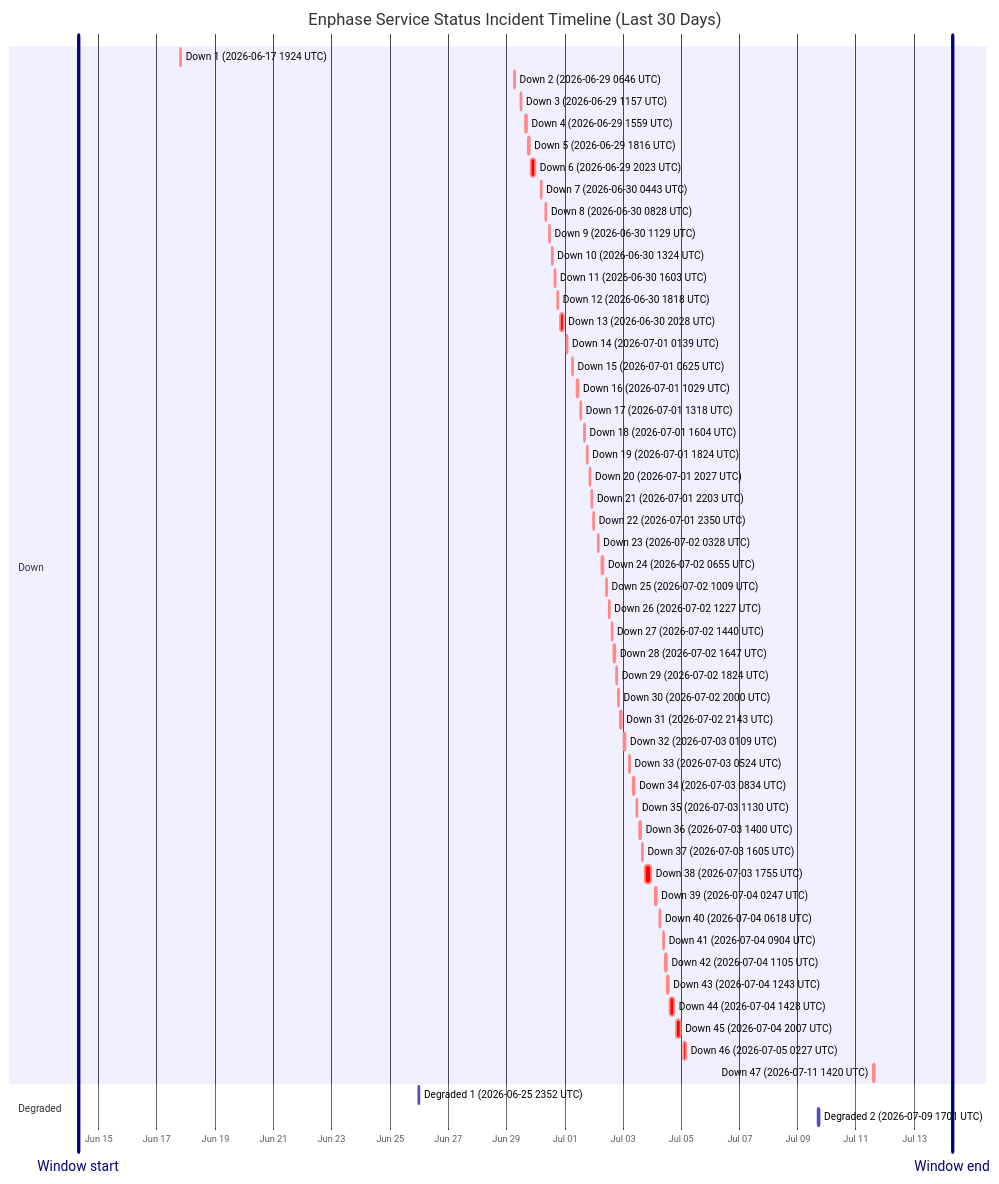
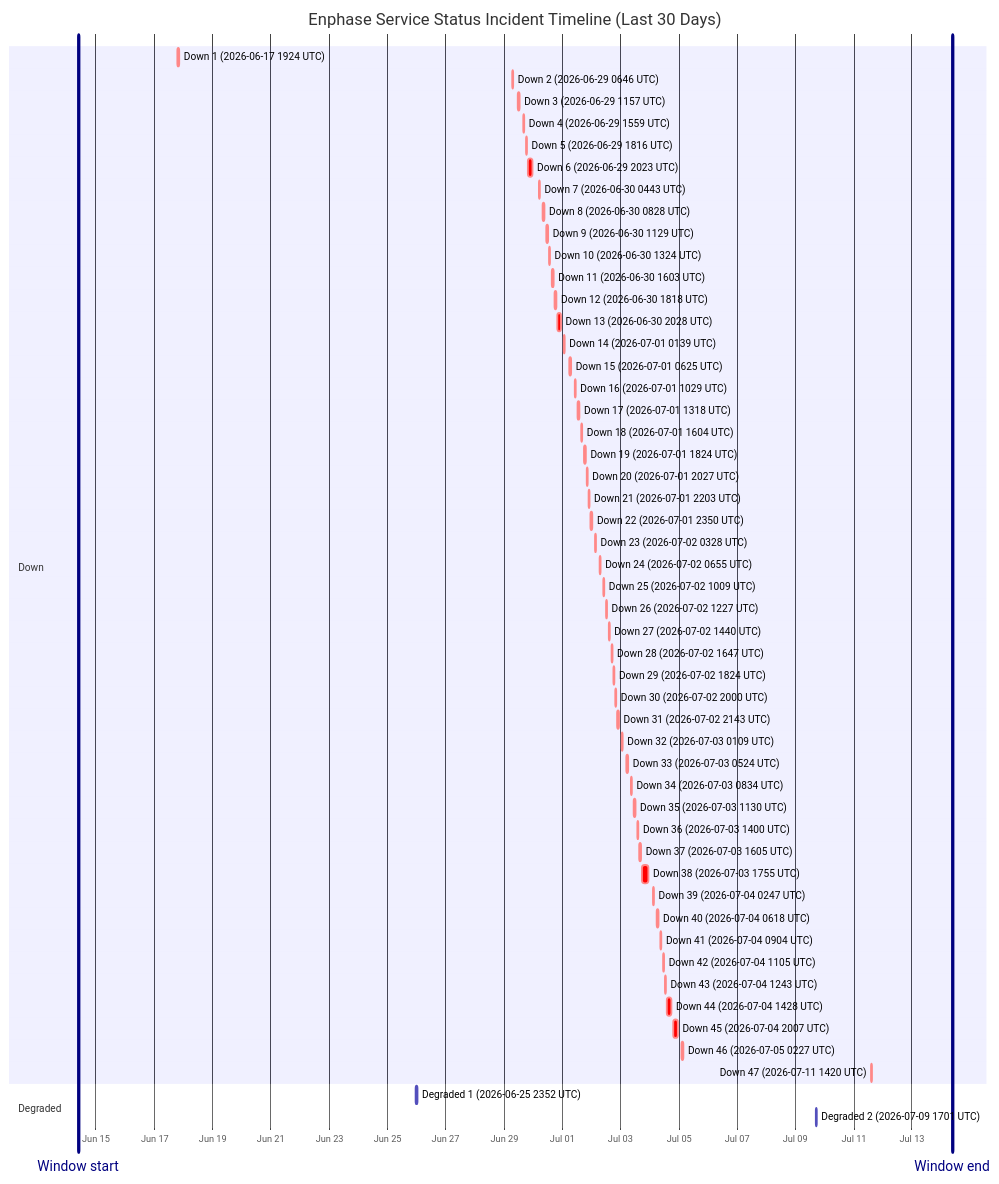
Before and after one commit to barneyonline/ha-enphase-energy: the diagram in wiki/Service-Status-History.md, drawn with Mermaid. The commit also changed other lines of this file and 3 other files, not shown here.

````diff
--- a/wiki/Service-Status-History.md
+++ b/wiki/Service-Status-History.md
@@ -14,59 +14,59 @@
 ```mermaid
 gantt
     title Enphase Service Status Incident Timeline (Last 30 Days)
     dateFormat  YYYY-MM-DDTHH:mm:ss
     axisFormat  %b %d
-    Window start :vert, window-start, 2026-06-14T07:24:20, 0ms
-    Window end :vert, window-end, 2026-07-14T07:24:20, 0ms
+    Window start :vert, window-start, 2026-06-14T09:24:17, 0ms
+    Window end :vert, window-end, 2026-07-14T09:24:17, 0ms
     section Down
     Down 1 (2026-06-17 1924 UTC) :crit, down-1, 2026-06-17T19:24:51, 60m
     Down 2 (2026-06-29 0646 UTC) :crit, down-2, 2026-06-29T06:46:18, 60m
     Down 3 (2026-06-29 1157 UTC) :crit, down-3, 2026-06-29T11:57:36, 60m
     Down 4 (2026-06-29 1559 UTC) :crit, down-4, 2026-06-29T15:59:02, 60m
     Down 5 (2026-06-29 1816 UTC) :crit, down-5, 2026-06-29T18:16:38, 60m
     Down 6 (2026-06-29 2023 UTC) :crit, down-6, 2026-06-29T20:23:16, 220m
     Down 7 (2026-06-30 0443 UTC) :crit, down-7, 2026-06-30T04:43:54, 60m
     Down 8 (2026-06-30 0828 UTC) :crit, down-8, 2026-06-30T08:28:43, 60m
     Down 9 (2026-06-30 1129 UTC) :crit, down-9, 2026-06-30T11:29:15, 60m
     Down 10 (2026-06-30 1324 UTC) :crit, down-10, 2026-06-30T13:24:25, 60m
     Down 11 (2026-06-30 1603 UTC) :crit, down-11, 2026-06-30T16:03:26, 60m
     Down 12 (2026-06-30 1818 UTC) :crit, down-12, 2026-06-30T18:18:39, 60m
     Down 13 (2026-06-30 2028 UTC) :crit, down-13, 2026-06-30T20:28:54, 171m
     Down 14 (2026-07-01 0139 UTC) :crit, down-14, 2026-07-01T01:39:18, 60m
     Down 15 (2026-07-01 0625 UTC) :crit, down-15, 2026-07-01T06:25:35, 60m
     Down 16 (2026-07-01 1029 UTC) :crit, down-16, 2026-07-01T10:29:24, 60m
     Down 17 (2026-07-01 1318 UTC) :crit, down-17, 2026-07-01T13:18:31, 60m
     Down 18 (2026-07-01 1604 UTC) :crit, down-18, 2026-07-01T16:04:29, 60m
     Down 19 (2026-07-01 1824 UTC) :crit, down-19, 2026-07-01T18:24:21, 60m
     Down 20 (2026-07-01 2027 UTC) :crit, down-20, 2026-07-01T20:27:17, 60m
     Down 21 (2026-07-01 2203 UTC) :crit, down-21, 2026-07-01T22:03:46, 60m
     Down 22 (2026-07-01 2350 UTC) :crit, down-22, 2026-07-01T23:50:52, 60m
     Down 23 (2026-07-02 0328 UTC) :crit, down-23, 2026-07-02T03:28:33, 60m
     Down 24 (2026-07-02 0655 UTC) :crit, down-24, 2026-07-02T06:55:07, 60m
     Down 25 (2026-07-02 1009 UTC) :crit, down-25, 2026-07-02T10:09:15, 60m
     Down 26 (2026-07-02 1227 UTC) :crit, down-26, 2026-07-02T12:27:49, 60m
     Down 27 (2026-07-02 1440 UTC) :crit, down-27, 2026-07-02T14:40:53, 60m
     Down 28 (2026-07-02 1647 UTC) :crit, down-28, 2026-07-02T16:47:47, 60m
     Down 29 (2026-07-02 1824 UTC) :crit, down-29, 2026-07-02T18:24:26, 60m
     Down 30 (2026-07-02 2000 UTC) :crit, down-30, 2026-07-02T20:00:57, 60m
     Down 31 (2026-07-02 2143 UTC) :crit, down-31, 2026-07-02T21:43:52, 80m
     Down 32 (2026-07-03 0109 UTC) :crit, down-32, 2026-07-03T01:09:19, 60m
     Down 33 (2026-07-03 0524 UTC) :crit, down-33, 2026-07-03T05:24:23, 60m
     Down 34 (2026-07-03 0834 UTC) :crit, down-34, 2026-07-03T08:34:05, 60m
     Down 35 (2026-07-03 1130 UTC) :crit, down-35, 2026-07-03T11:30:41, 60m
     Down 36 (2026-07-03 1400 UTC) :crit, down-36, 2026-07-03T14:00:48, 60m
     Down 37 (2026-07-03 1605 UTC) :crit, down-37, 2026-07-03T16:05:49, 60m
     Down 38 (2026-07-03 1755 UTC) :crit, down-38, 2026-07-03T17:55:54, 338m
     Down 39 (2026-07-04 0247 UTC) :crit, down-39, 2026-07-04T02:47:22, 60m
     Down 40 (2026-07-04 0618 UTC) :crit, down-40, 2026-07-04T06:18:09, 60m
     Down 41 (2026-07-04 0904 UTC) :crit, down-41, 2026-07-04T09:04:41, 60m
     Down 42 (2026-07-04 1105 UTC) :crit, down-42, 2026-07-04T11:05:21, 60m
     Down 43 (2026-07-04 1243 UTC) :crit, down-43, 2026-07-04T12:43:25, 60m
     Down 44 (2026-07-04 1428 UTC) :crit, down-44, 2026-07-04T14:28:07, 243m
     Down 45 (2026-07-04 2007 UTC) :crit, down-45, 2026-07-04T20:07:50, 206m
     Down 46 (2026-07-05 0227 UTC) :crit, down-46, 2026-07-05T02:27:32, 109m
     Down 47 (2026-07-11 1420 UTC) :crit, down-47, 2026-07-11T14:20:54, 69m
     section Degraded
     Degraded 1 (2026-06-25 2352 UTC) :active, degraded-1, 2026-06-25T23:52:01, 60m
     Degraded 2 (2026-07-09 1701 UTC) :active, degraded-2, 2026-07-09T17:01:02, 60m
 ```
````
